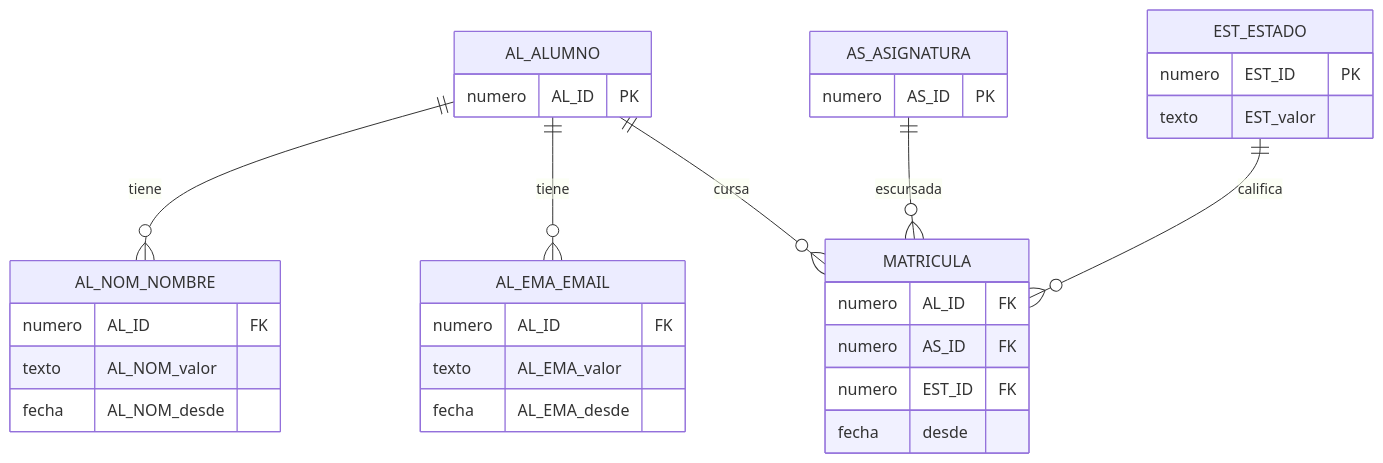
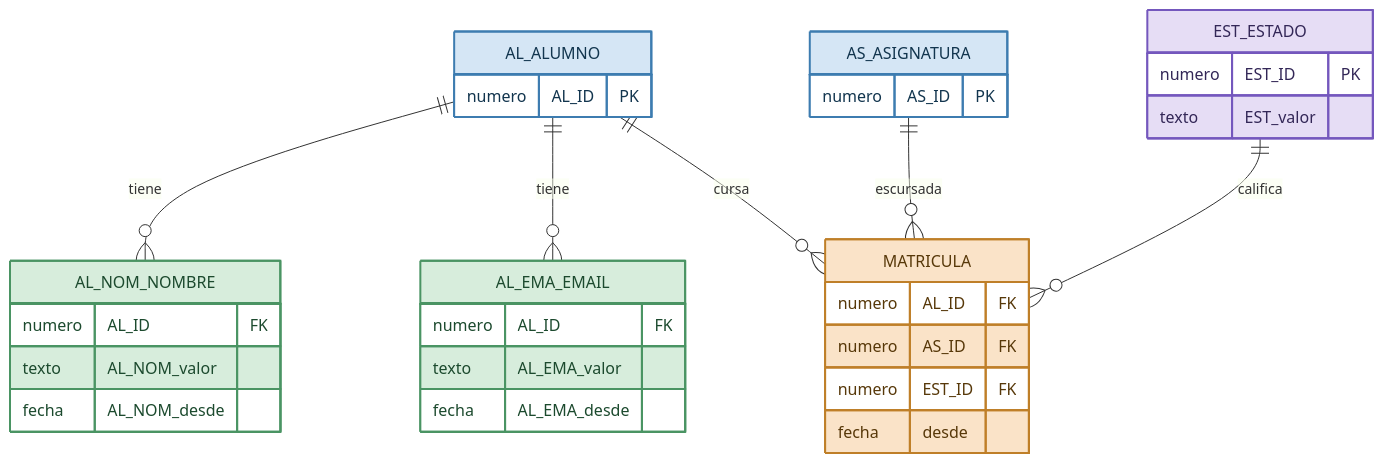
One commit to IraitzM/ingenieria-datos changed the third of 5 diagrams in content/appendices/variantes_modelado.qmd. Above: the diagram before and after it, drawn with Mermaid. The commit also changed other lines of this file and 1 other file, not shown here.

````diff
--- a/content/appendices/variantes_modelado.qmd
+++ b/content/appendices/variantes_modelado.qmd
@@ -141,35 +157,46 @@
 ```{mermaid}
 erDiagram
     AL_ALUMNO {
         numero AL_ID PK
     }
     AL_NOM_NOMBRE {
         numero AL_ID FK
         texto AL_NOM_valor
         fecha AL_NOM_desde
     }
     AL_EMA_EMAIL {
         numero AL_ID FK
         texto AL_EMA_valor
         fecha AL_EMA_desde
     }
     AS_ASIGNATURA {
         numero AS_ID PK
     }
     MATRICULA {
         numero AL_ID FK
         numero AS_ID FK
         numero EST_ID FK
         fecha desde
     }
     EST_ESTADO {
         numero EST_ID PK
         texto EST_valor
     }
 
     AL_ALUMNO ||--o{ AL_NOM_NOMBRE : tiene
     AL_ALUMNO ||--o{ AL_EMA_EMAIL : tiene
     AL_ALUMNO ||--o{ MATRICULA : cursa
     AS_ASIGNATURA ||--o{ MATRICULA : escursada
     EST_ESTADO ||--o{ MATRICULA : califica
+
+    classDef clave fill:#d5e6f5,stroke:#3d7cb0,stroke-width:2px,color:#12354e
+    classDef contexto fill:#d7eddc,stroke:#4a9463,stroke-width:2px,color:#1c4a2e
+    classDef relacion fill:#fae3c8,stroke:#bf7f28,stroke-width:2px,color:#573809
+    classDef valor fill:#e6ddf5,stroke:#7457bd,stroke-width:2px,color:#332757
+    class AL_ALUMNO clave
+    class AS_ASIGNATURA clave
+    class AL_NOM_NOMBRE contexto
+    class AL_EMA_EMAIL contexto
+    class MATRICULA relacion
+    class EST_ESTADO valor
 ```
````
